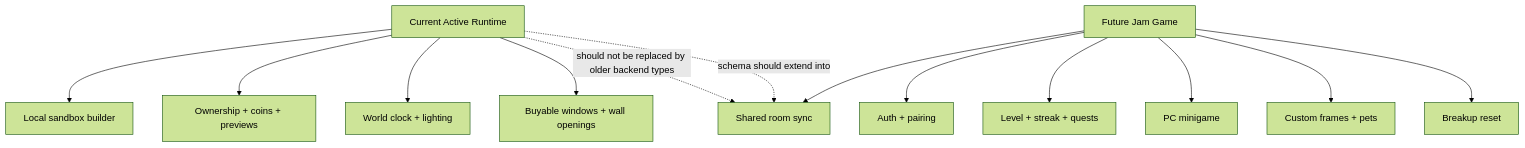
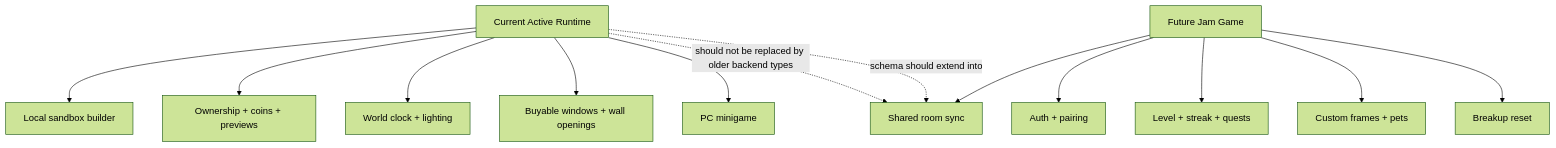
Before and after one commit to Erlavush/FAHHH: the sixth of 6 diagrams in docs/DIAGRAMS.md, drawn with Mermaid (forest theme). The commit also changed other lines of this file and 38 other files, not shown here.

````diff
--- a/docs/DIAGRAMS.md
+++ b/docs/DIAGRAMS.md
@@ -117,17 +118,17 @@
 ```mermaid
 flowchart TD
   Current["Current Active Runtime"] --> Local["Local sandbox builder"]
   Current --> Inventory["Ownership + coins + previews"]
   Current --> Clock["World clock + lighting"]
   Current --> Windows["Buyable windows + wall openings"]
+  Current --> Activities["PC minigame"]
 
   Future["Future Jam Game"] --> Pair["Auth + pairing"]
   Future --> Shared["Shared room sync"]
   Future --> Progress["Level + streak + quests"]
-  Future --> Activities["PC minigame"]
   Future --> Personal["Custom frames + pets"]
   Future --> Breakup["Breakup reset"]
 
   Current -. schema should extend into .-> Shared
   Current -. should not be replaced by older backend types .-> Shared
 ```
````
